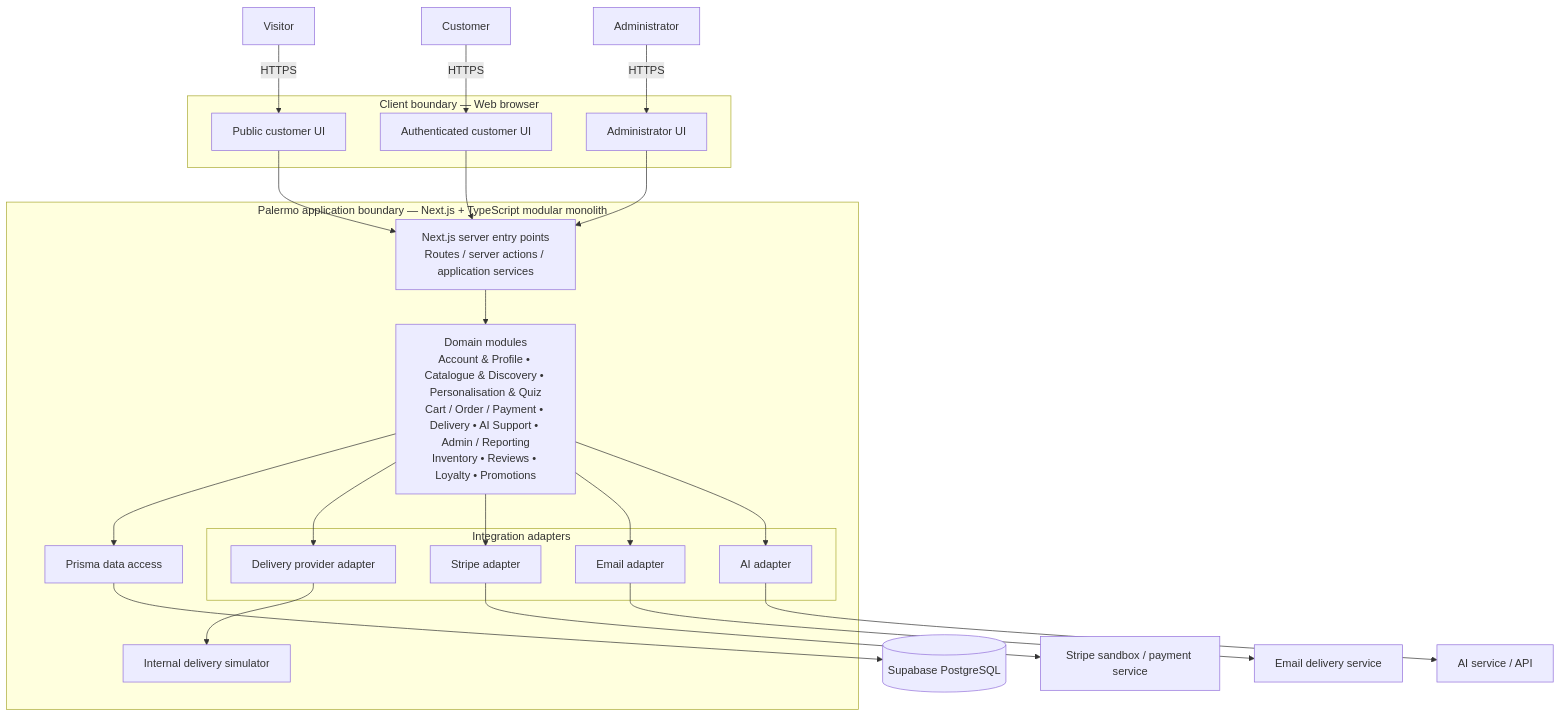
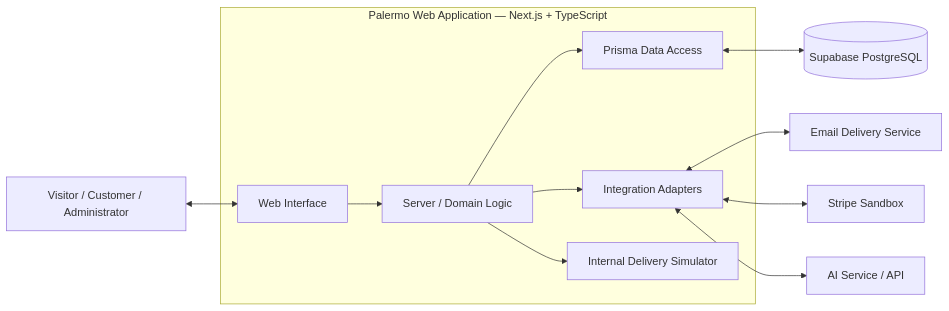
The diagram in docs/diagrams/system-architecture.mmd (Mel-18-Palermo/Palermo-Perfume-System), drawn with Mermaid before and after one commit. The commit also changed 1 other file, not shown here.

Commit message:
docs: simplify report system architecture diagram

```diff
--- a/docs/diagrams/system-architecture.mmd
+++ b/docs/diagrams/system-architecture.mmd
@@ -1,51 +1,29 @@
-flowchart TB
-    Visitor["Visitor"]
-    Customer["Customer"]
-    Admin["Administrator"]
+flowchart LR
+    %% Palermo Perfume System — Final SRS System Architecture
+    %% High-level report view. Detailed implementation structure is intentionally omitted.
 
-    subgraph Client["Client boundary — Web browser"]
-        PublicUI["Public customer UI"]
-        CustomerUI["Authenticated customer UI"]
-        AdminUI["Administrator UI"]
-    end
+    Users["Visitor / Customer / Administrator"]
 
-    subgraph Palermo["Palermo application boundary — Next.js + TypeScript modular monolith"]
-        Entry["Next.js server entry points\nRoutes / server actions / application services"]
-        Domains["Domain modules\nAccount & Profile • Catalogue & Discovery • Personalisation & Quiz\nCart / Order / Payment • Delivery • AI Support • Admin / Reporting\nInventory • Reviews • Loyalty • Promotions"]
-        Prisma["Prisma data access"]
+    subgraph Palermo["Palermo Web Application — Next.js + TypeScript"]
+        UI["Web Interface"]
+        APP["Server / Domain Logic"]
+        ADAPTERS["Integration Adapters"]
+        PRISMA["Prisma Data Access"]
+        DELIVERY["Internal Delivery Simulator"]
 
-        subgraph Integrations["Integration adapters"]
-            StripeAdapter["Stripe adapter"]
-            EmailAdapter["Email adapter"]
-            AIAdapter["AI adapter"]
-            DeliveryAdapter["Delivery provider adapter"]
-        end
-
-        DeliverySimulator["Internal delivery simulator"]
+        UI --> APP
+        APP --> PRISMA
+        APP --> ADAPTERS
+        APP --> DELIVERY
     end
 
     DB[("Supabase PostgreSQL")]
-    Stripe["Stripe sandbox / payment service"]
-    Email["Email delivery service"]
-    AI["AI service / API"]
+    EMAIL["Email Delivery Service"]
+    STRIPE["Stripe Sandbox"]
+    AI["AI Service / API"]
 
-    Visitor -->|"HTTPS"| PublicUI
-    Customer -->|"HTTPS"| CustomerUI
-    Admin -->|"HTTPS"| AdminUI
-
-    PublicUI --> Entry
-    CustomerUI --> Entry
-    AdminUI --> Entry
-    Entry --> Domains
-    Domains --> Prisma
-    Prisma --> DB
-
-    Domains --> StripeAdapter
-    Domains --> EmailAdapter
-    Domains --> AIAdapter
-    Domains --> DeliveryAdapter
-
-    StripeAdapter --> Stripe
-    EmailAdapter --> Email
-    AIAdapter --> AI
-    DeliveryAdapter --> DeliverySimulator
+    Users <--> UI
+    PRISMA <--> DB
+    ADAPTERS <--> EMAIL
+    ADAPTERS <--> STRIPE
+    ADAPTERS <--> AI
```
